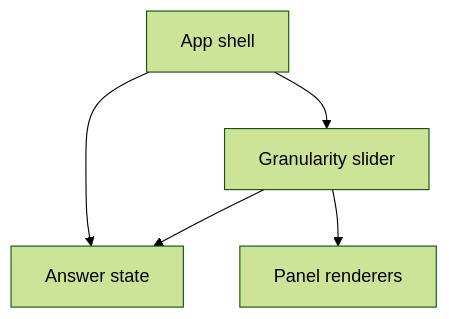
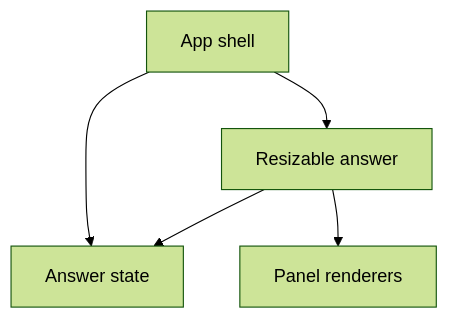
Before and after one commit to MotleyAI/galaxy-brain: the second of 2 diagrams in architecture/system.arc42.md, drawn with Mermaid (forest theme). The commit also changed other lines of this file and 18 other files, not shown here.

First line of the commit message:
Resizable answer: drag the answer open for more detail, drawn with OpenUI

````diff
--- a/architecture/system.arc42.md
+++ b/architecture/system.arc42.md
@@ -42,12 +42,12 @@
 ```mermaid
 flowchart TD
   %% typescript: Web
   app["App shell"]
   state["Answer state"]
   panels["Panel renderers"]
-  slider["Granularity slider"]
+  slider["Resizable answer"]
   app --> slider
   app --> state
   slider --> state
   slider --> panels
 ```
````
